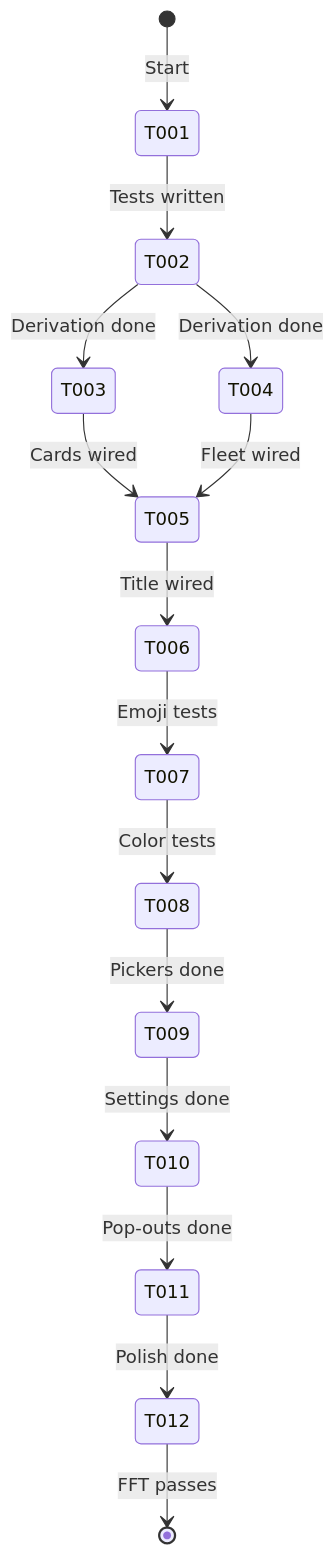
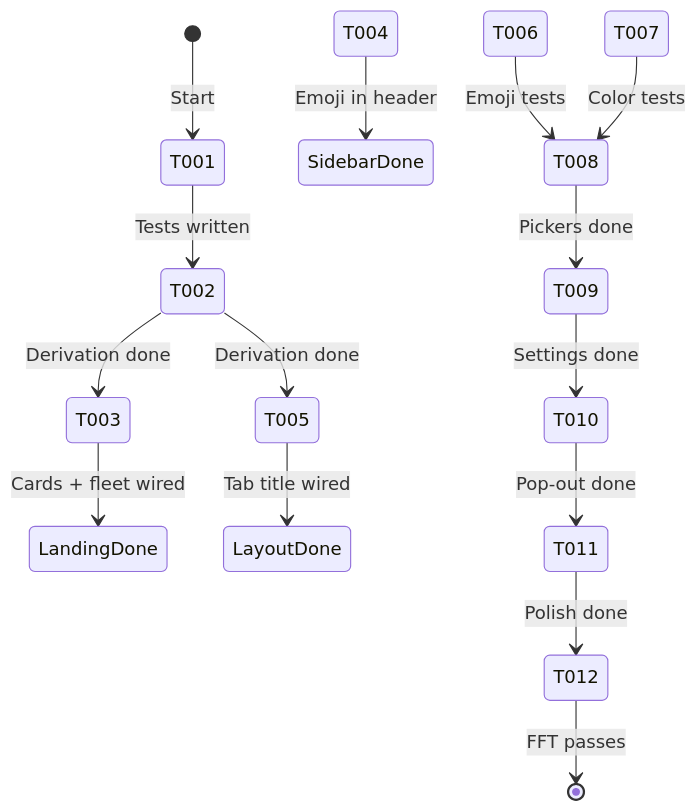
Before and after one commit to AI-Substrate/chainglass: the first of 2 diagrams in docs/plans/041-file-browser/tasks/phase-5-attention-system-polish/tasks.fltplan.md, drawn with Mermaid. The commit also changed other lines of this file and 17 other files, not shown here.

````diff
--- a/docs/plans/041-file-browser/tasks/phase-5-attention-system-polish/tasks.fltplan.md
+++ b/docs/plans/041-file-browser/tasks/phase-5-attention-system-polish/tasks.fltplan.md
@@ -44,17 +47,17 @@
 ```mermaid
 stateDiagram-v2
     [*] --> T001: Start
     T001 --> T002: Tests written
     T002 --> T003: Derivation done
-    T002 --> T004: Derivation done
-    T003 --> T005: Cards wired
-    T004 --> T005: Fleet wired
-    T005 --> T006: Title wired
-    T006 --> T007: Emoji tests
+    T002 --> T005: Derivation done
+    T003 --> LandingDone: Cards + fleet wired
+    T005 --> LayoutDone: Tab title wired
+    T004 --> SidebarDone: Emoji in header
+    T006 --> T008: Emoji tests
     T007 --> T008: Color tests
     T008 --> T009: Pickers done
     T009 --> T010: Settings done
-    T010 --> T011: Pop-outs done
+    T010 --> T011: Pop-out done
     T011 --> T012: Polish done
     T012 --> [*]: FFT passes
 ```
````
